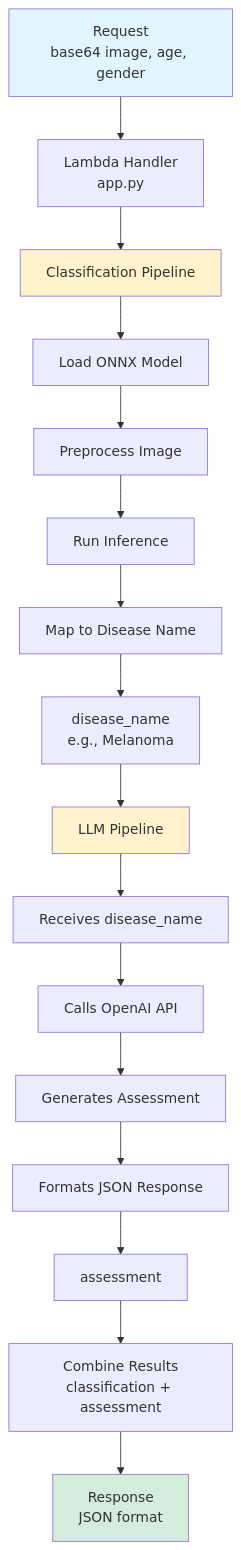
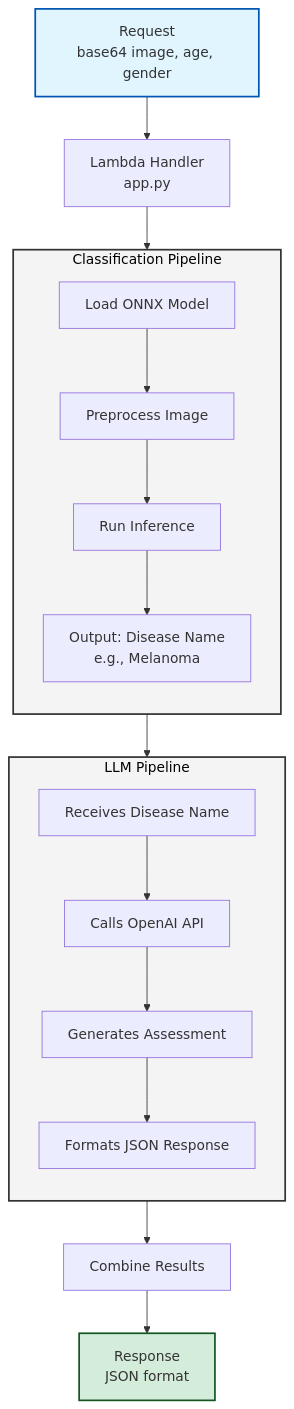
Before and after one commit to LucasPilla/START-Munich-4fun: the diagram in lambda/README.md, drawn with Mermaid.

````diff
--- a/lambda/README.md
+++ b/lambda/README.md
@@ -7,23 +7,41 @@
 ```mermaid
 flowchart TD
-    A[Request<br/>base64 image, age, gender] --> B[Lambda Handler<br/>app.py]
-    B --> C[Classification Pipeline]
-    C --> D[Load ONNX Model]
-    D --> E[Preprocess Image]
-    E --> F[Run Inference]
-    F --> G[Map to Disease Name]
-    G --> H[disease_name<br/>e.g., Melanoma]
-    H --> I[LLM Pipeline]
-    I --> J[Receives disease_name]
-    J --> K[Calls OpenAI API]
-    K --> L[Generates Assessment]
-    L --> M[Formats JSON Response]
-    M --> N[assessment]
-    N --> O[Combine Results<br/>classification + assessment]
-    O --> P[Response<br/>JSON format]
+    %% Global Styles
+    classDef plain fill:#fff,stroke:#333,stroke-width:1px;
+    classDef input fill:#e1f5ff,stroke:#0056b3,stroke-width:2px;
+    classDef output fill:#d4edda,stroke:#155724,stroke-width:2px;
     
-    style A fill:#e1f5ff
-    style P fill:#d4edda
-    style C fill:#fff3cd
-    style I fill:#fff3cd
+    %% Entry Point
+    A[Request<br/>base64 image, age, gender]:::input --> B[Lambda Handler<br/>app.py]
+
+    %% Classification Pipeline Block
+    subgraph ClassPipeline [Classification Pipeline]
+        direction TB
+        D[Load ONNX Model] --> E[Preprocess Image]
+        E --> F[Run Inference]
+        F --> H[Output: Disease Name<br/>e.g., Melanoma]
+    end
+
+    %% Link Handler to Classification
+    B --> D
+
+    %% LLM Pipeline Block
+    subgraph LLMPipeline [LLM Pipeline]
+        direction TB
+        J[Receives Disease Name] --> K[Calls OpenAI API]
+        K --> L[Generates Assessment]
+        L --> M[Formats JSON Response]
+    end
+
+    %% Link Classification Result to LLM
+    H --> J
+
+    %% Aggregation and Response
+    M --> O[Combine Results]
+    O --> P[Response<br/>JSON format]:::output
+
+    %% Styling for the Subgraphs with Padding
+    %% Note: 'padding' relies on the specific renderer, but margin creates separation
+    style ClassPipeline fill:#f4f4f4,stroke:#333,stroke-width:2px,color:#000,margin:15px
+    style LLMPipeline fill:#f4f4f4,stroke:#333,stroke-width:2px,color:#000,margin:15px
 ```
````
